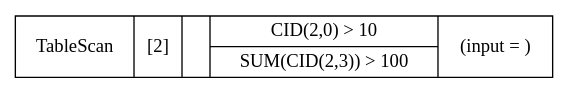
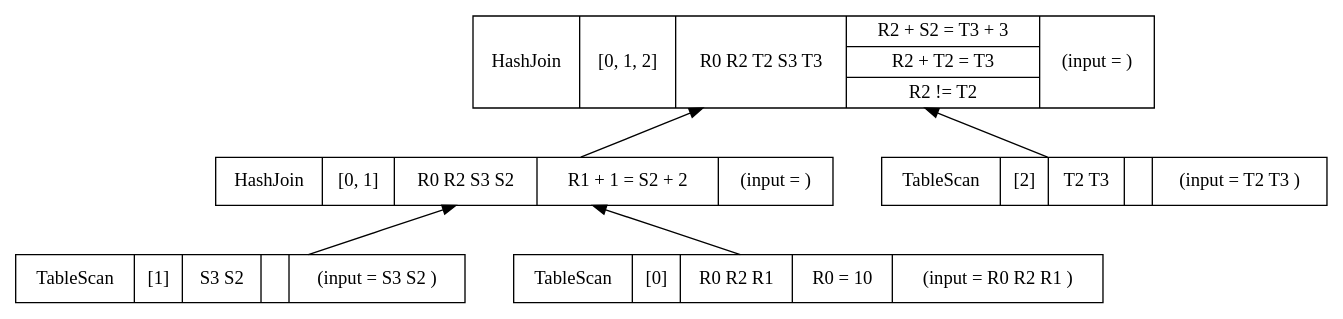
The diagram in plan.dot (adarshpannu/kona), drawn with Graphviz before and after one commit. The commit also changed 14 other files, not shown here.

```diff
--- a/plan.dot
+++ b/plan.dot
@@ -1,7 +1,15 @@
 digraph example1 {
     node [shape=record];
     rankdir=BT;
     nodesep=0.5;
     ordering="in";
-    popnodePOPId1v1[label="TableScan|[2]||{CID(2,0) \> 10|SUM(CID(2,3)) \> 100}|(input = )"];
+    popnodePOPId4v1 -> popnodePOPId5v1;
+    popnodePOPId2v1 -> popnodePOPId4v1;
+    popnodePOPId2v1[label="TableScan|[1]|S3 S2 |{}|(input = S3 S2 )"];
+    popnodePOPId1v1 -> popnodePOPId4v1;
+    popnodePOPId1v1[label="TableScan|[0]|R0 R2 R1 |{R0 = 10}|(input = R0 R2 R1 )"];
+    popnodePOPId4v1[label="HashJoin|[0, 1]|R0 R2 S3 S2 |{R1 + 1 = S2 + 2}|(input = )"];
+    popnodePOPId3v1 -> popnodePOPId5v1;
+    popnodePOPId3v1[label="TableScan|[2]|T2 T3 |{}|(input = T2 T3 )"];
+    popnodePOPId5v1[label="HashJoin|[0, 1, 2]|R0 R2 T2 S3 T3 |{R2 + S2 = T3 + 3|R2 + T2 = T3|R2 != T2}|(input = )"];
 }
```
